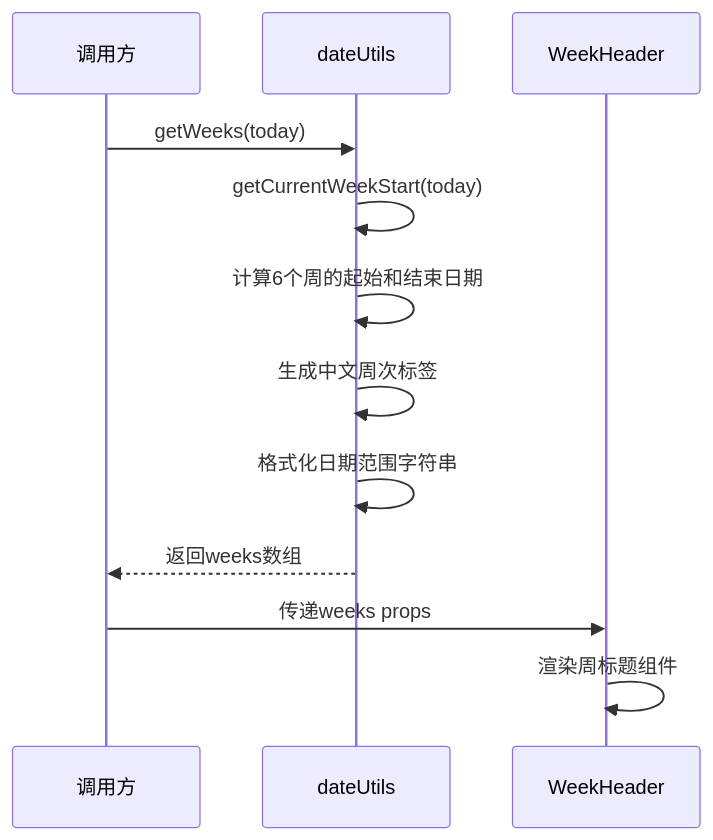
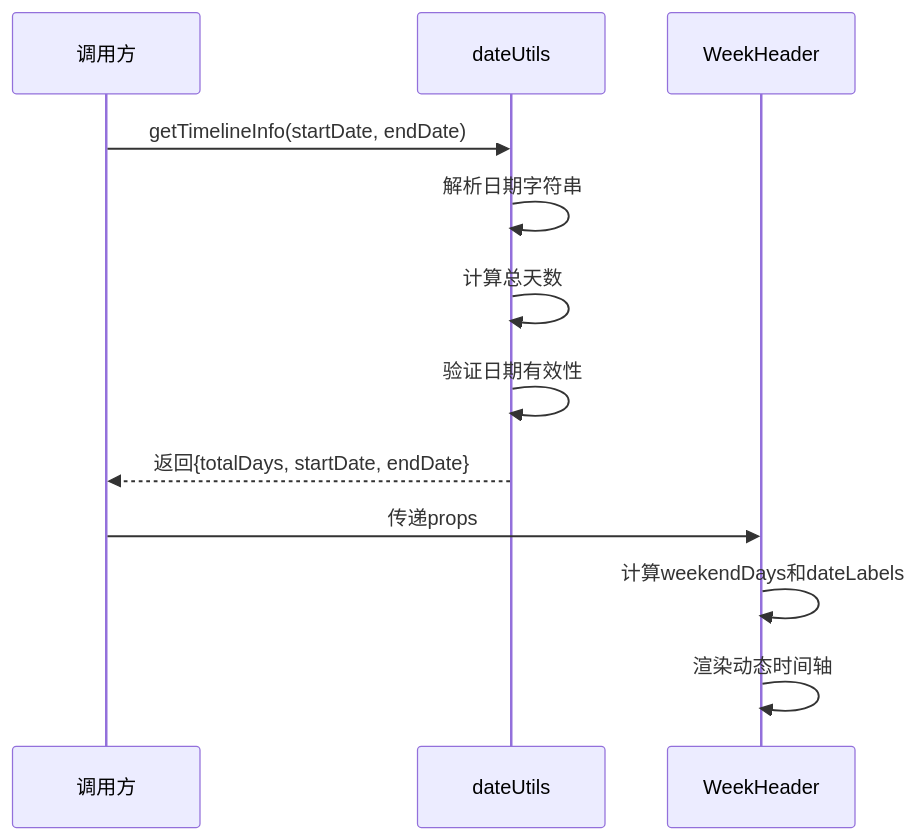
The fifth of 6 diagrams in .qoder/repowiki/zh/content/核心组件/WeekHeader 周标题组件.md (xuanyulingnfeg/gameCalendar), drawn with Mermaid before and after one commit. The commit also changed other lines of this file and 5 other files, not shown here.

````diff
--- a/.qoder/repowiki/zh/content/核心组件/WeekHeader 周标题组件.md
+++ b/.qoder/repowiki/zh/content/核心组件/WeekHeader 周标题组件.md
@@ -289,14 +286,14 @@
 ```mermaid
 sequenceDiagram
 participant Caller as 调用方
 participant DU as dateUtils
 participant WH as WeekHeader
-Caller->>DU : getWeeks(today)
-DU->>DU : getCurrentWeekStart(today)
-DU->>DU : 计算6个周的起始和结束日期
-DU->>DU : 生成中文周次标签
-DU->>DU : 格式化日期范围字符串
-DU-->>Caller : 返回weeks数组
-Caller->>WH : 传递weeks props
-WH->>WH : 渲染周标题组件
+Caller->>DU : getTimelineInfo(startDate, endDate)
+DU->>DU : 解析日期字符串
+DU->>DU : 计算总天数
+DU->>DU : 验证日期有效性
+DU-->>Caller : 返回{totalDays, startDate, endDate}
+Caller->>WH : 传递props
+WH->>WH : 计算weekendDays和dateLabels
+WH->>WH : 渲染动态时间轴
 ```
````
